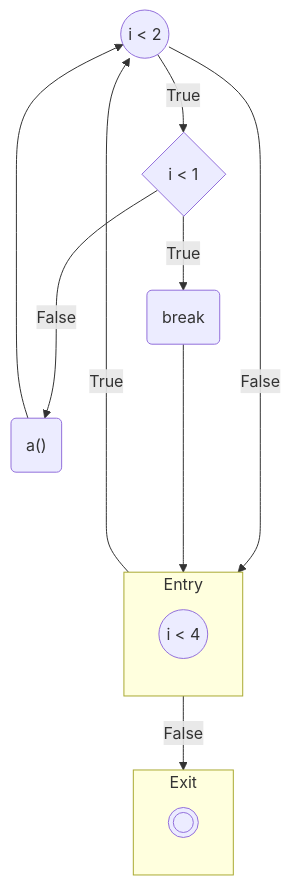
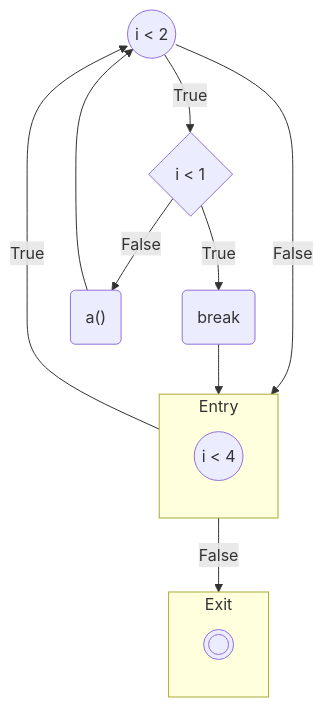
Diagram 16 of 18 in src/content/docs/developers/fast-cfg.mdx (moosetechnology/moosetechnology.github.io), drawn with Mermaid before and after one commit. The commit also changed other lines of this file, not shown here.

Commit message:
Correction des flèches dans les diagrammes de flux pour une meilleure clarté

````diff
--- a/src/content/docs/developers/fast-cfg.mdx
+++ b/src/content/docs/developers/fast-cfg.mdx
@@ -918,28 +918,28 @@
 ```mermaid
 flowchart TD
 	subgraph Entry
 		direction TB
 		1
 	end
 
 	subgraph Exit
 		direction TB
 		3
 	end
 
 	1(("i < 4 "))
 	2(("i < 2 "))
 	3(((" ")))
 	4{"i < 1 "}
 	5("break ")
 	6("a() ")
 	1 -- True --> 2
 	1 -- False --> 3
 	2 -- True --> 4
 	2 -- False --> 1
 	4 -- True --> 5
 	4 -- False --> 6
-	5 ----> 1
-	6 ----> 2
+	5 --> 1
+	6 --> 2
 	
 ```
````
